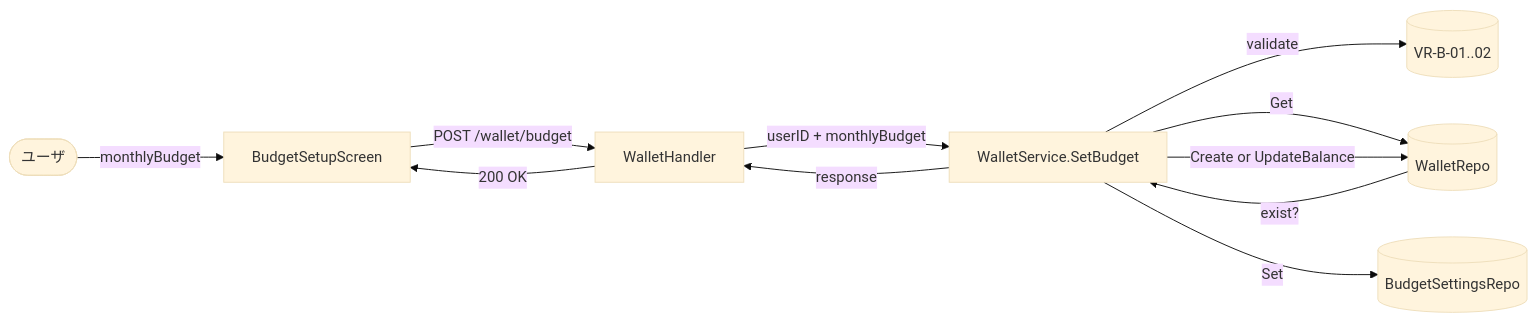
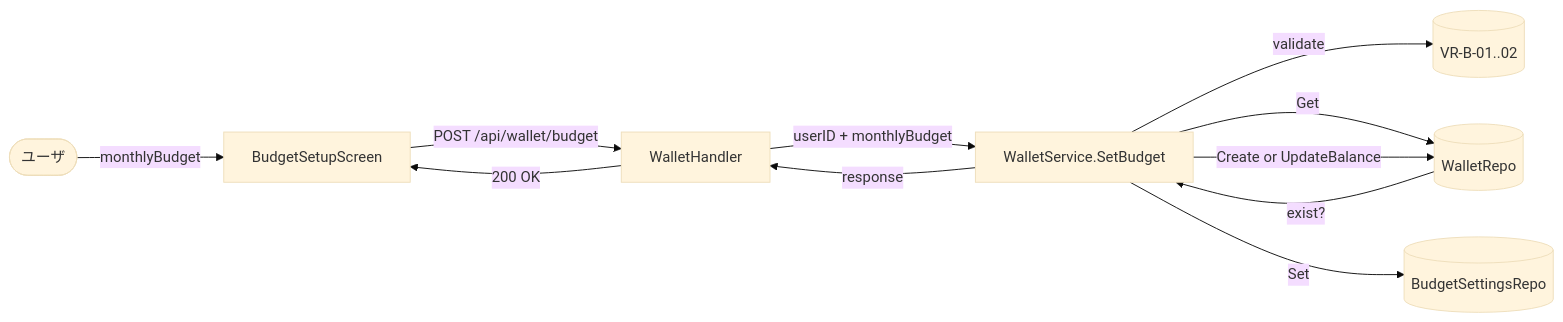
Before and after one commit to ryotinjpn/goro2pay: the tenth of 12 diagrams in aidlc-docs/construction/budget/functional-design/business-logic-model.md, drawn with Mermaid (base theme). The commit also changed other lines of this file and 3 other files, not shown here.

````diff
--- a/aidlc-docs/construction/budget/functional-design/business-logic-model.md
+++ b/aidlc-docs/construction/budget/functional-design/business-logic-model.md
@@ -417,13 +423,13 @@
 ```mermaid
 flowchart LR
     User([ユーザ]) -->|monthlyBudget| BSS[BudgetSetupScreen]
-    BSS -->|POST /wallet/budget| API[WalletHandler]
+    BSS -->|POST /api/wallet/budget| API[WalletHandler]
     API -->|userID + monthlyBudget| WS[WalletService.SetBudget]
     WS -->|validate| RULES[(VR-B-01..02)]
     WS -->|Get| WR[(WalletRepo)]
     WR -->|exist?| WS
     WS -->|Set| BR[(BudgetSettingsRepo)]
     WS -->|Create or UpdateBalance| WR
     WS -->|response| API
     API -->|200 OK| BSS
 ```
````
